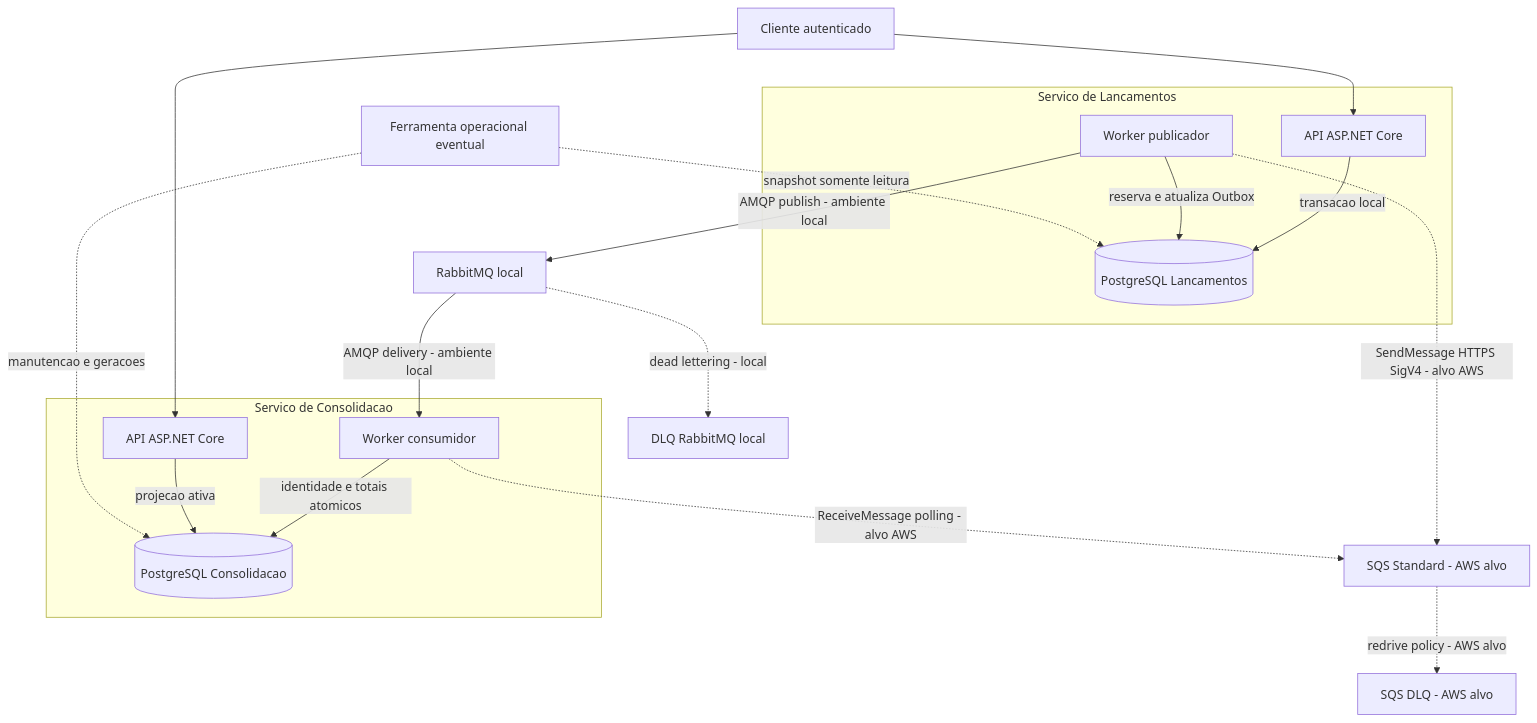
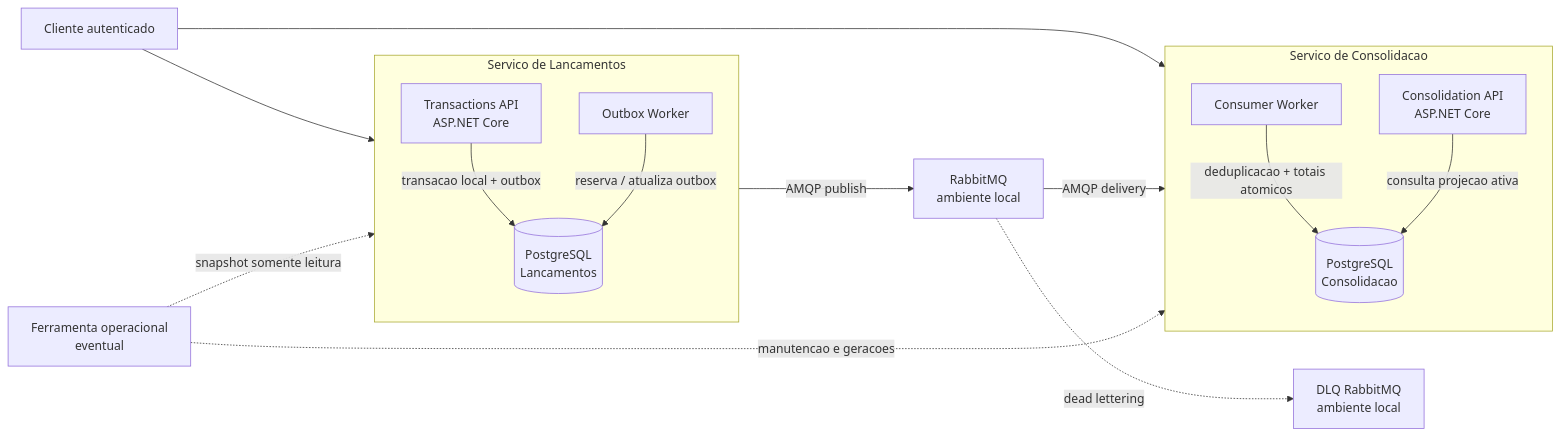
Before and after one commit to ThiagoFerraciolli/cash-flow-architecture: the third of 4 diagrams in docs/04-visoes/c4.md, drawn with Mermaid. The commit also changed other lines of this file, not shown here.

Commit message:
docs: simplificar C4 de conteineres e separar transporte AWS alvo

````diff
--- a/docs/04-visoes/c4.md
+++ b/docs/04-visoes/c4.md
@@ -45,28 +47,35 @@
 ```mermaid
-flowchart TB
-    U[Cliente autenticado]
-    subgraph T[Servico de Lancamentos]
-      TA[API ASP.NET Core]
-      TW[Worker publicador]
-      TDB[(PostgreSQL Lancamentos)]
-      TA -->|transacao local| TDB
-      TW -->|reserva e atualiza Outbox| TDB
+flowchart LR
+    U["Cliente autenticado"]
+
+    subgraph T["Servico de Lancamentos"]
+      direction TB
+      TA["Transactions API<br/>ASP.NET Core"]
+      TW["Outbox Worker"]
+      TDB[("PostgreSQL<br/>Lancamentos")]
+      TA -->|"transacao local + outbox"| TDB
+      TW -->|"reserva / atualiza outbox"| TDB
     end
-    subgraph C[Servico de Consolidacao]
-      CA[API ASP.NET Core]
-      CW[Worker consumidor]
-      CDB[(PostgreSQL Consolidacao)]
-      CW -->|identidade e totais atomicos| CDB
-      CA -->|projecao ativa| CDB
+
+    RQ["RabbitMQ<br/>ambiente local"]
+    RD["DLQ RabbitMQ<br/>ambiente local"]
+
+    subgraph C["Servico de Consolidacao"]
+      direction TB
+      CA["Consolidation API<br/>ASP.NET Core"]
+      CW["Consumer Worker"]
+      CDB[("PostgreSQL<br/>Consolidacao")]
+      CW -->|"deduplicacao + totais atomicos"| CDB
+      CA -->|"consulta projecao ativa"| CDB
     end
+
     U --> TA
     U --> CA
-    TW -->|AMQP publish - ambiente local| RQ[RabbitMQ local]
-    RQ -->|AMQP delivery - ambiente local| CW
-    TW -. "SendMessage HTTPS SigV4 - alvo AWS" .-> SQ["SQS Standard - AWS alvo"]
-    CW -. "ReceiveMessage polling - alvo AWS" .-> SQ
-    RQ -. "dead lettering - local" .-> RD["DLQ RabbitMQ local"]
-    SQ -. "redrive policy - AWS alvo" .-> SD["SQS DLQ - AWS alvo"]
-    R[Ferramenta operacional eventual] -. snapshot somente leitura .-> TDB
-    R -. manutencao e geracoes .-> CDB
+    TW -->|"AMQP publish"| RQ
+    RQ -->|"AMQP delivery"| CW
+    RQ -. "dead lettering" .-> RD
+
+    R["Ferramenta operacional<br/>eventual"]
+    R -. "snapshot somente leitura" .-> TDB
+    R -. "manutencao e geracoes" .-> CDB
 ```
````
